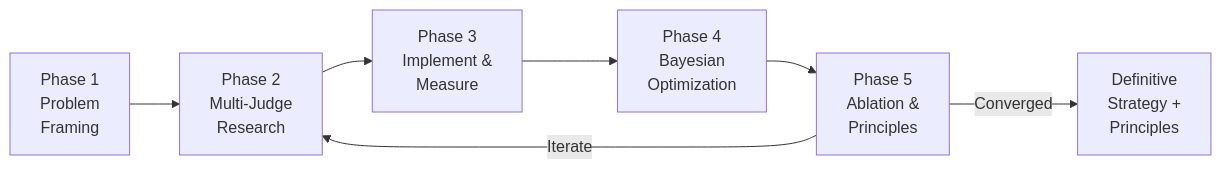
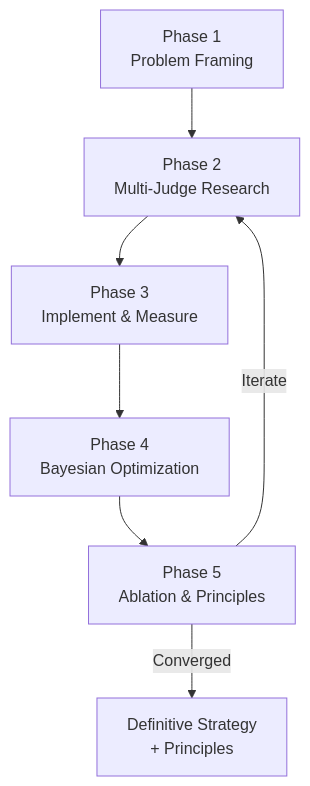
One commit to inference-sim/inference-sim changed the first of 4 diagrams in docs/methodology/strategy-evolution.md. Above: the diagram before and after it, drawn with Mermaid. The commit also changed other lines of this file and 3 other files, not shown here.

````diff
--- a/docs/methodology/strategy-evolution.md
+++ b/docs/methodology/strategy-evolution.md
@@ -13,9 +13,9 @@
 ```mermaid
-flowchart LR
-    P1[Phase 1\nProblem\nFraming] --> P2[Phase 2\nMulti-Judge\nResearch]
-    P2 --> P3[Phase 3\nImplement &\nMeasure]
-    P3 --> P4[Phase 4\nBayesian\nOptimization]
-    P4 --> P5[Phase 5\nAblation &\nPrinciples]
+flowchart TD
+    P1["Phase 1<br/>Problem Framing"] --> P2["Phase 2<br/>Multi-Judge Research"]
+    P2 --> P3["Phase 3<br/>Implement & Measure"]
+    P3 --> P4["Phase 4<br/>Bayesian Optimization"]
+    P4 --> P5["Phase 5<br/>Ablation & Principles"]
     P5 -->|Iterate| P2
-    P5 -->|Converged| Done[Definitive\nStrategy +\nPrinciples]
+    P5 -->|Converged| Done["Definitive Strategy<br/>+ Principles"]
 ```
````
